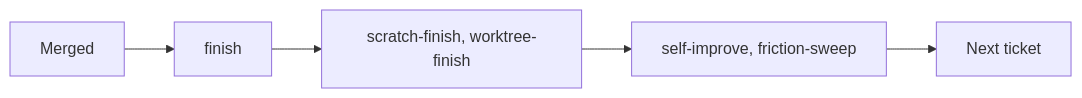
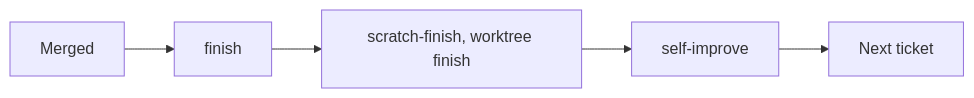
Before and after one commit to FAZuH/agent: the ninth of 14 diagrams in docs/skill-guide.md, drawn with Mermaid. The commit also changed other lines of this file and 1 other file, not shown here.

````diff
--- a/docs/skill-guide.md
+++ b/docs/skill-guide.md
@@ -191,7 +189,7 @@
 ```mermaid
 flowchart LR
   M[Merged] --> F[finish]
-  F --> A[scratch-finish, worktree-finish]
-  A --> I[self-improve, friction-sweep]
+  F --> A[scratch-finish, worktree finish]
+  A --> I[self-improve]
   I --> N[Next ticket]
 ```
````
